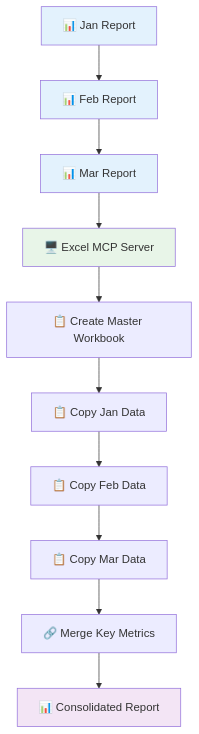
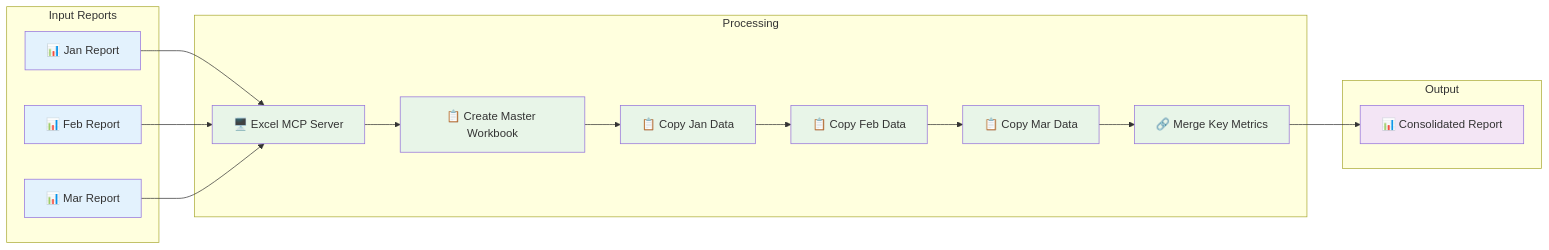
Before and after one commit to bassem-elsodany/mcp_excel_server: the fourth of 7 diagrams in mcp_article.md, drawn with Mermaid. The commit also changed other lines of this file, not shown here.

````diff
--- a/mcp_article.md
+++ b/mcp_article.md
@@ -200,18 +200,42 @@
 ```mermaid
-flowchart TD
-    A[📊 Jan Report] --> B[📊 Feb Report]
-    B --> C[📊 Mar Report]
-    C --> D[🖥️ Excel MCP Server]
-    D --> E[📋 Create Master Workbook]
-    E --> F[📋 Copy Jan Data]
-    F --> G[📋 Copy Feb Data]
-    G --> H[📋 Copy Mar Data]
-    H --> I[🔗 Merge Key Metrics]
-    I --> J[📊 Consolidated Report]
+flowchart LR
+    subgraph "Input Reports"
+        A[📊 Jan Report]
+        B[📊 Feb Report]
+        C[📊 Mar Report]
+    end
+    
+    subgraph "Processing"
+        D[🖥️ Excel MCP Server]
+        E[📋 Create Master Workbook]
+        F[📋 Copy Jan Data]
+        G[📋 Copy Feb Data]
+        H[📋 Copy Mar Data]
+        I[🔗 Merge Key Metrics]
+    end
+    
+    subgraph "Output"
+        J[📊 Consolidated Report]
+    end
+    
+    A --> D
+    B --> D
+    C --> D
+    D --> E
+    E --> F
+    F --> G
+    G --> H
+    H --> I
+    I --> J
     
     style A fill:#e3f2fd
     style B fill:#e3f2fd
     style C fill:#e3f2fd
     style D fill:#e8f5e8
+    style E fill:#e8f5e8
+    style F fill:#e8f5e8
+    style G fill:#e8f5e8
+    style H fill:#e8f5e8
+    style I fill:#e8f5e8
     style J fill:#f3e5f5
 ```
````
